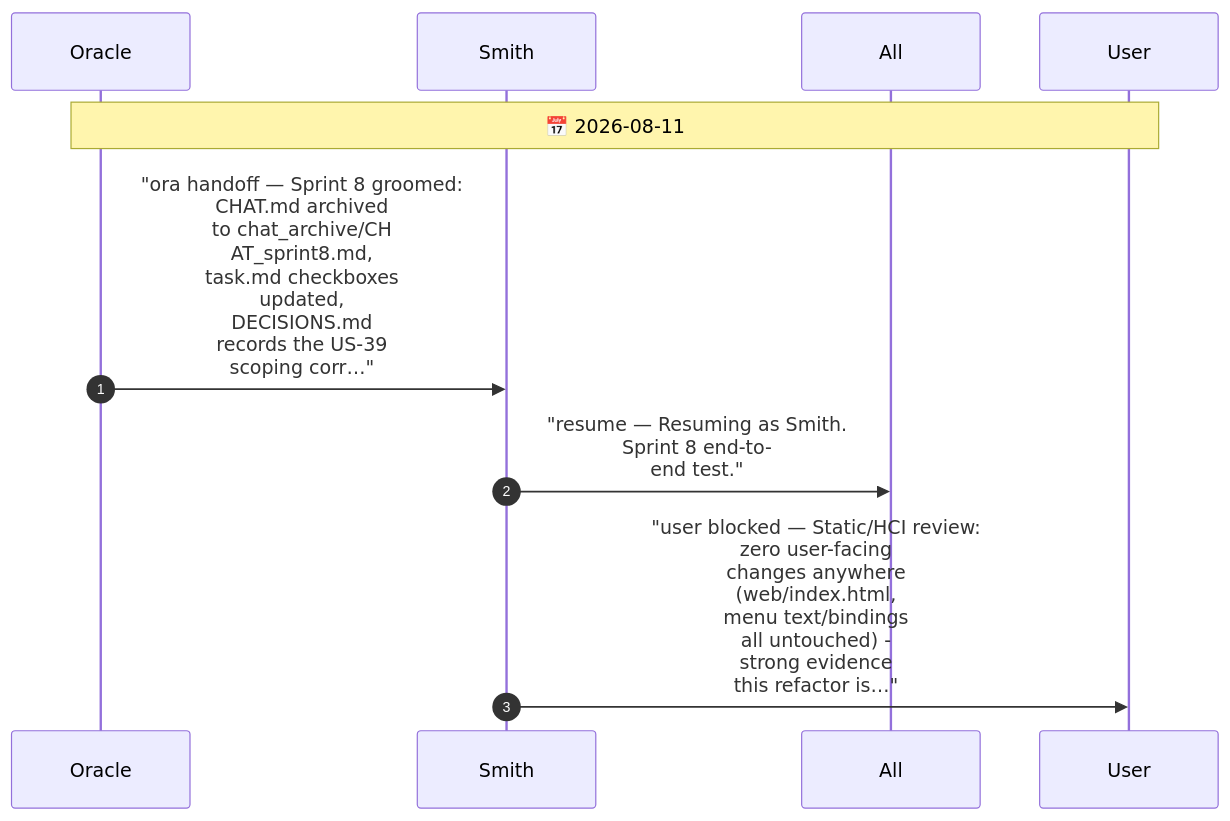
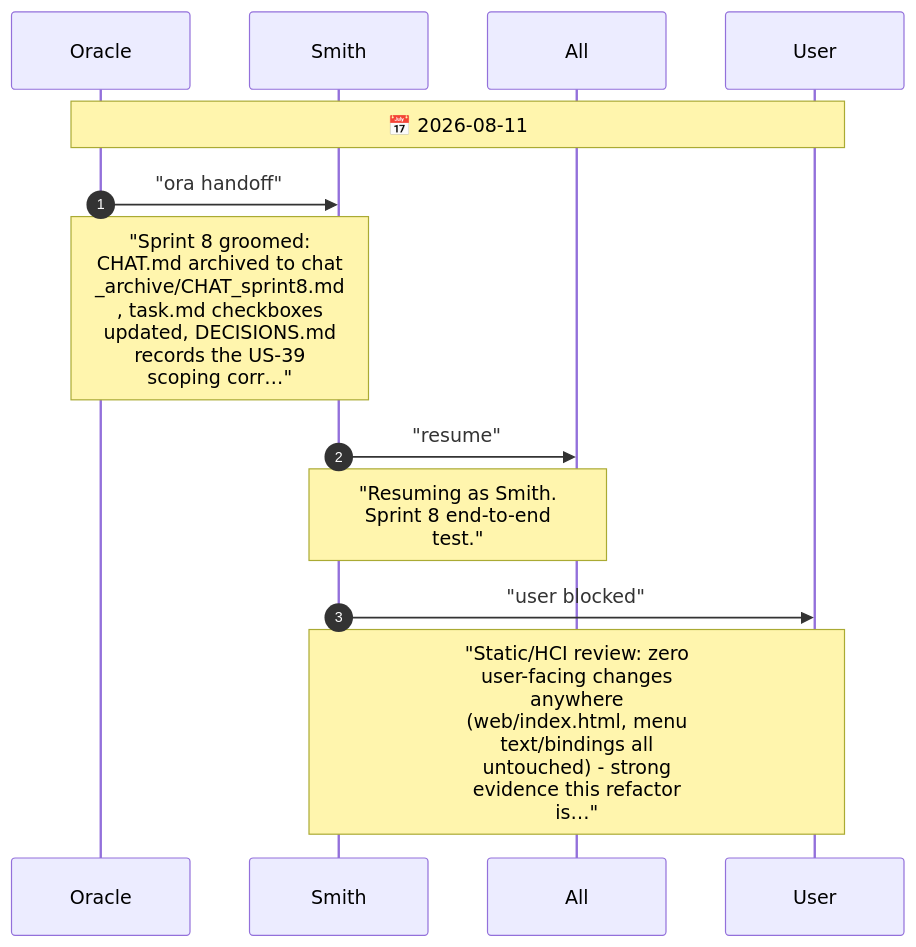
The diagram in agents/CHAT.diagram.md (drusifer/Sirtet), drawn with Mermaid before and after one commit. The commit also changed 4 other files, not shown here.

First line of the commit message:
docs: move message text into Note boxes for readability

````diff
--- a/agents/CHAT.diagram.md
+++ b/agents/CHAT.diagram.md
@@ -5,13 +5,16 @@
 ```mermaid
-%%{init: {"themeVariables": {"fontSize": "20px"}}}%%
+%%{init: {"sequence": {"messageFontSize": 14, "noteFontSize": 18, "actorFontSize": 14}}}%%
 sequenceDiagram
     autonumber
     participant Oracle
     participant Smith
     participant All
     participant User
     Note over Oracle,User: 📅 2026-08-11
-    Oracle->>Smith: "ora handoff — Sprint 8 groomed:<br/>CHAT.md archived<br/>to chat_archive/CH<br/>AT_sprint8.md,<br/>task.md checkboxes<br/>updated,<br/>DECISIONS.md<br/>records the US-39<br/>scoping corr…"
-    Smith->>All: "resume — Resuming as Smith.<br/>Sprint 8 end-to-<br/>end test."
-    Smith->>User: "user blocked — Static/HCI review:<br/>zero user-facing<br/>changes anywhere<br/>(web/index.html,<br/>menu text/bindings<br/>all untouched) -<br/>strong evidence<br/>this refactor is…"
+    Oracle->>Smith: "ora handoff"
+    Note over Oracle,Smith: "Sprint 8 groomed:<br/>CHAT.md archived to chat<br/>_archive/CHAT_sprint8.md<br/>, task.md checkboxes<br/>updated, DECISIONS.md<br/>records the US-39<br/>scoping corr…"
+    Smith->>All: "resume"
+    Note over Smith,All: "Resuming as Smith.<br/>Sprint 8 end-to-end<br/>test."
+    Smith->>User: "user blocked"
+    Note over Smith,User: "Static/HCI review: zero<br/>user-facing changes<br/>anywhere<br/>(web/index.html, menu<br/>text/bindings all<br/>untouched) - strong<br/>evidence this refactor<br/>is…"
 ```
````
